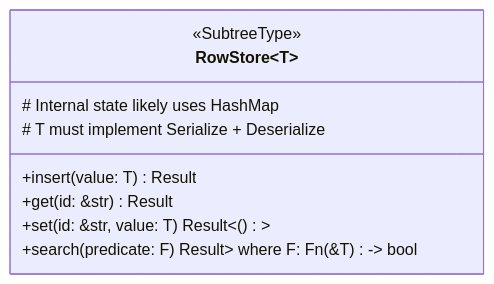
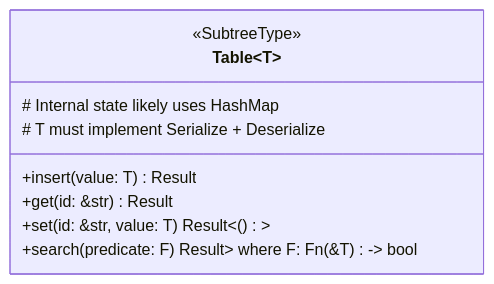
Before and after one commit to arcuru/eidetica: the first of 3 diagrams in docs/src/internal/core_components/subtrees.md, drawn with Mermaid. The commit also changed other lines of this file and 42 other files, not shown here.

Commit message:
refactor: rename subtree types KVStore->Dict, RowStore->Table, YrsStore->YDoc

````diff
--- a/docs/src/internal/core_components/subtrees.md
+++ b/docs/src/internal/core_components/subtrees.md
@@ -34,12 +34,12 @@
 ```mermaid
 classDiagram
-    class RowStore~T~ {
+    class Table~T~ {
         <<SubtreeType>>
         # Internal state likely uses HashMap<ID, T>
         +insert(value: T) Result<ID>
         +get(id: &str) Result<T>
         +set(id: &str, value: T) Result<()>
         +search(predicate: F) Result<Vec<(ID, T)>> where F: Fn(&T) -> bool
         # T must implement Serialize + Deserialize
     }
 ```
````
